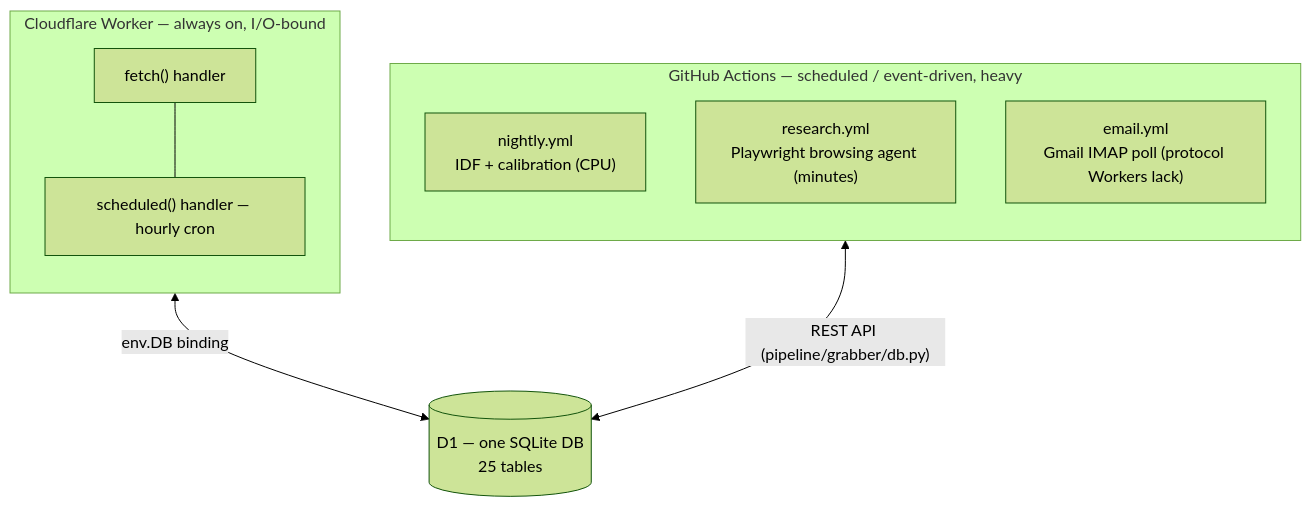
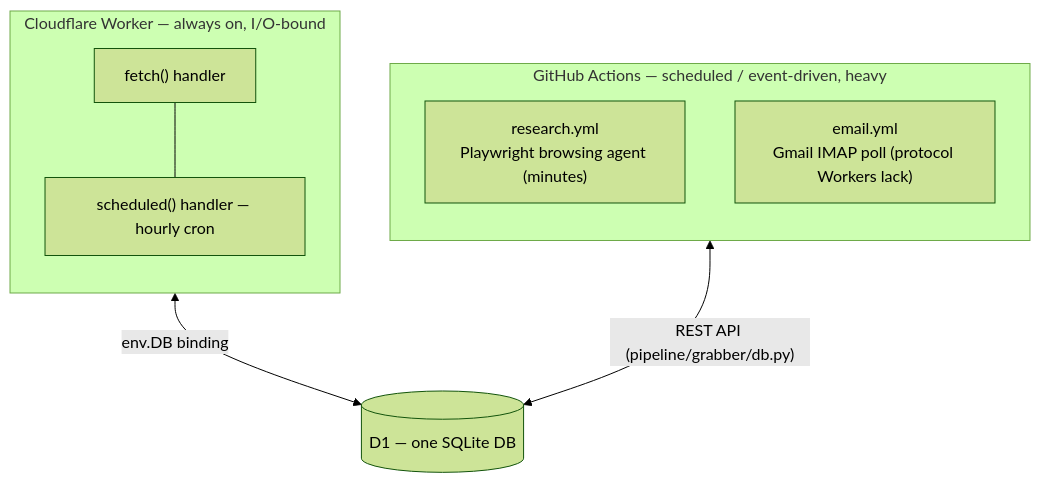
One commit to saquibjawedbit/grabber changed the first of 8 diagrams in docs/01-architecture.md. Above: the diagram before and after it, drawn with Mermaid (forest theme). The commit also changed other lines of this file and 25 other files, not shown here.

````diff
--- a/docs/01-architecture.md
+++ b/docs/01-architecture.md
@@ -9,21 +9,20 @@
 ```mermaid
 flowchart TB
   subgraph edge["Cloudflare Worker — always on, I/O-bound"]
     direction TB
     fetch["fetch() handler"]
     sched["scheduled() handler — hourly cron"]
     fetch --- sched
   end
 
   subgraph ci["GitHub Actions — scheduled / event-driven, heavy"]
     direction TB
-    nightly["nightly.yml<br/>IDF + calibration (CPU)"]
     research["research.yml<br/>Playwright browsing agent (minutes)"]
     email["email.yml<br/>Gmail IMAP poll (protocol Workers lack)"]
   end
 
-  db[("D1 — one SQLite DB<br/>25 tables")]
+  db[("D1 — one SQLite DB")]
 
   edge <-->|"env.DB binding"| db
   ci <-->|"REST API (pipeline/grabber/db.py)"| db
 ```
````
